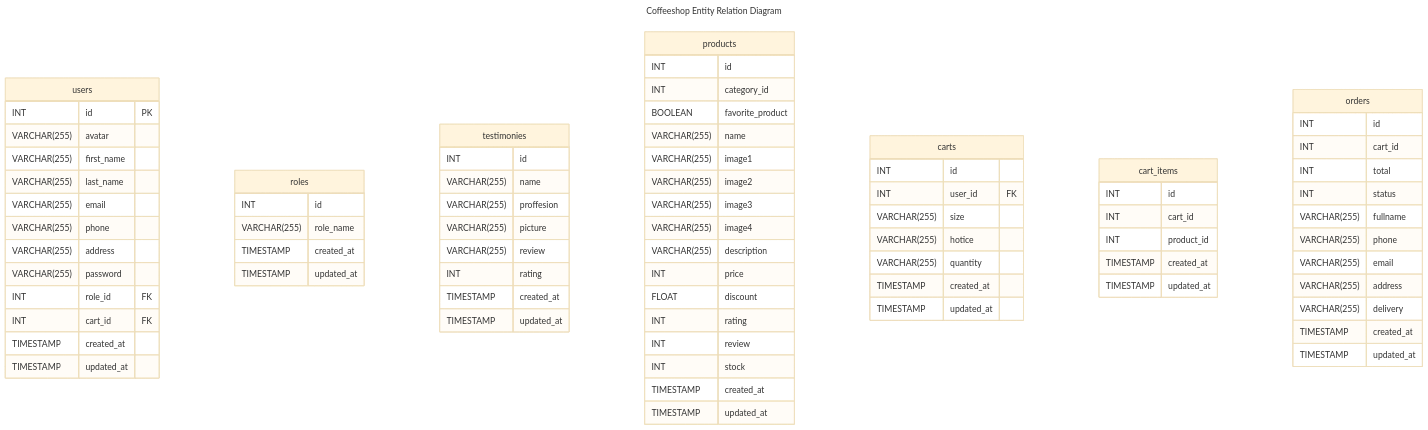
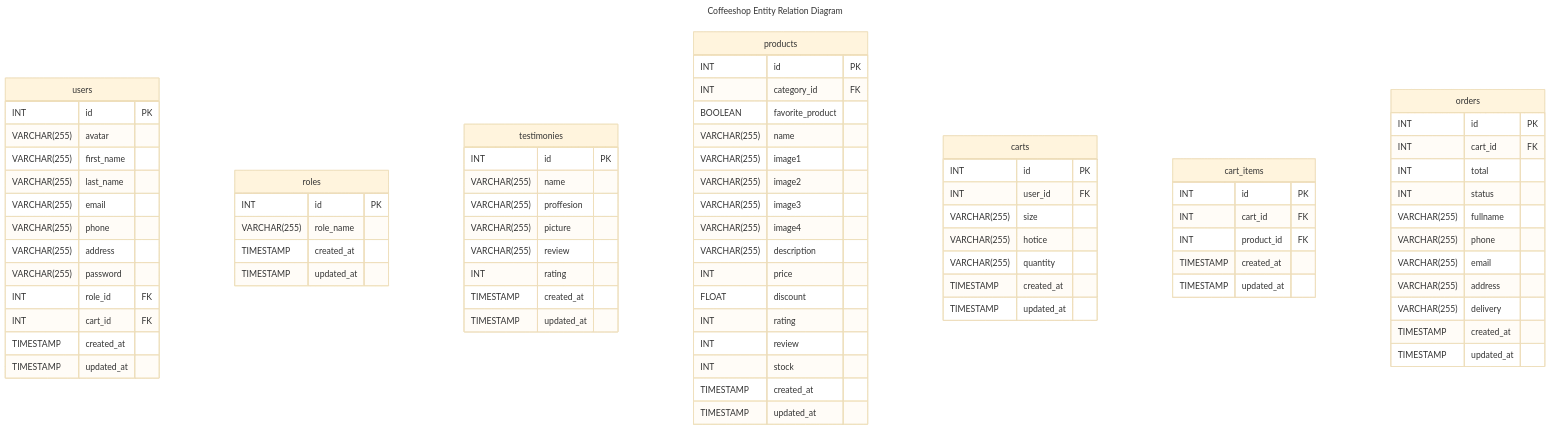
Before and after one commit to rezafauzan/koda-b6-db: the diagram in readme.md, drawn with Mermaid (base theme).

Commit message:
Feat: add Primary and Foreign Key

```diff
--- a/readme.md
+++ b/readme.md
@@ -21,14 +21,14 @@
     }
 
     roles{
-        INT id 
+        INT id PK 
         VARCHAR(255) role_name
         TIMESTAMP created_at
         TIMESTAMP updated_at
     }
 
     testimonies {
-        INT id
+        INT id PK
         VARCHAR(255) name
         VARCHAR(255) proffesion
         VARCHAR(255) picture
@@ -39,8 +39,8 @@
     }
     
     products {
-        INT id
-        INT category_id
+        INT id PK
+        INT category_id FK
         BOOLEAN favorite_product
         VARCHAR(255) name
         VARCHAR(255) image1
@@ -58,7 +58,7 @@
     }
 
     carts{
-        INT id
+        INT id PK
         INT user_id FK
         VARCHAR(255) size
         VARCHAR(255) hotice
@@ -68,16 +68,16 @@
     }
 
     cart_items{
-        INT id
-        INT cart_id
-        INT product_id
+        INT id PK
+        INT cart_id FK
+        INT product_id FK
         TIMESTAMP created_at
         TIMESTAMP updated_at
     }
     
     orders{
-        INT id
-        INT cart_id
+        INT id PK
+        INT cart_id FK
         INT total
         INT status
         VARCHAR(255) fullname
```
